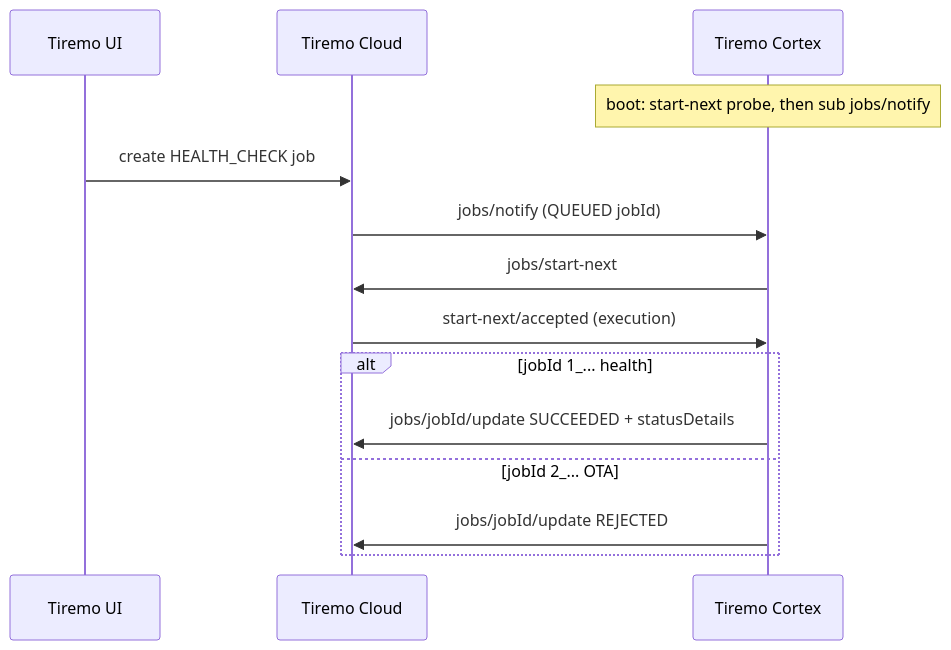
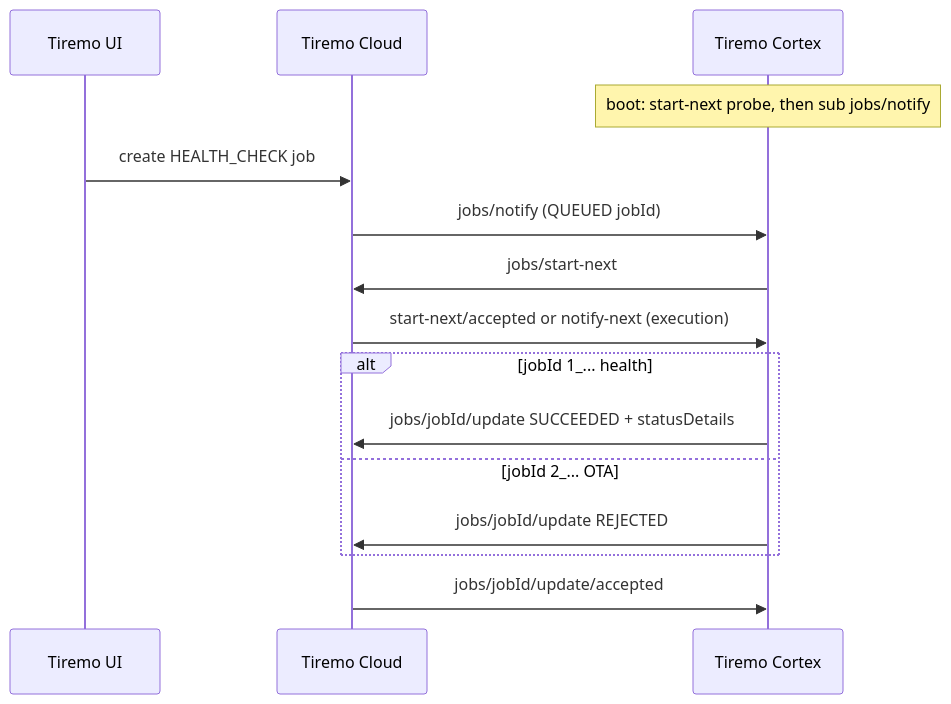
The diagram in Tiremo_Cloud/Feature_Tutorials/07-Tiremo_Jobs/README.md (Empa-Electronics/Tiremo-Cortex-Tutorials), drawn with Mermaid before and after one commit. The commit also changed other lines of this file and 50 other files, not shown here.

````diff
--- a/Tiremo_Cloud/Feature_Tutorials/07-Tiremo_Jobs/README.md
+++ b/Tiremo_Cloud/Feature_Tutorials/07-Tiremo_Jobs/README.md
@@ -39,17 +40,18 @@
 ```mermaid
 sequenceDiagram
     participant UI as Tiremo UI
     participant Cloud as Tiremo Cloud
     participant Board as Tiremo Cortex
 
     Note over Board: boot: start-next probe, then sub jobs/notify
     UI->>Cloud: create HEALTH_CHECK job
     Cloud->>Board: jobs/notify (QUEUED jobId)
     Board->>Cloud: jobs/start-next
-    Cloud->>Board: start-next/accepted (execution)
+    Cloud->>Board: start-next/accepted or notify-next (execution)
     alt jobId 1_... health
         Board->>Cloud: jobs/jobId/update SUCCEEDED + statusDetails
     else jobId 2_... OTA
         Board->>Cloud: jobs/jobId/update REJECTED
     end
+    Cloud->>Board: jobs/jobId/update/accepted
 ```
````
